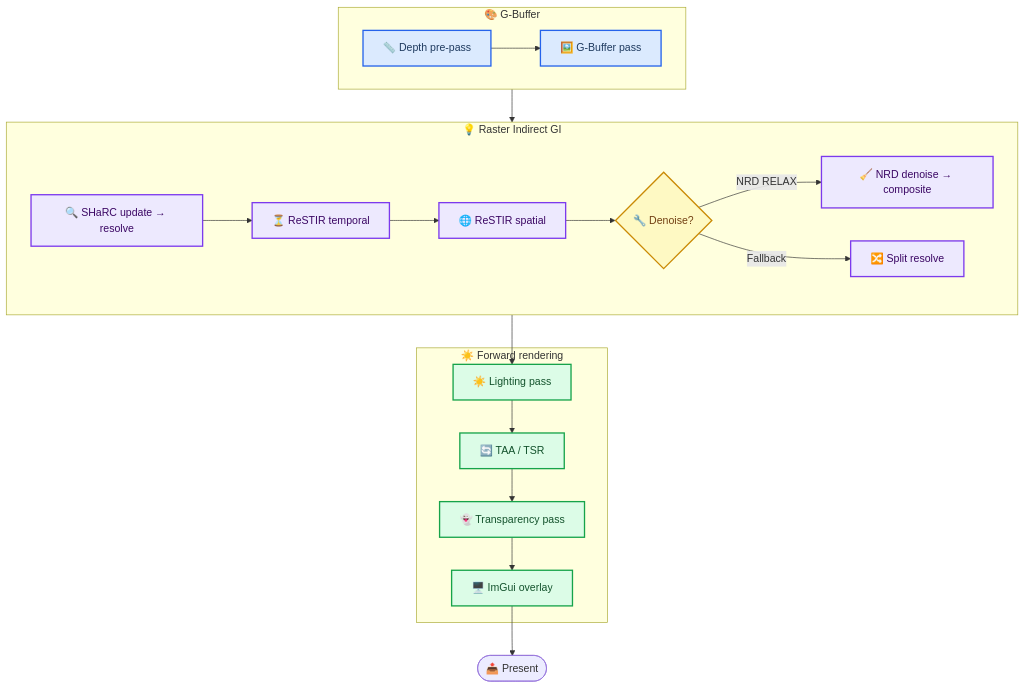
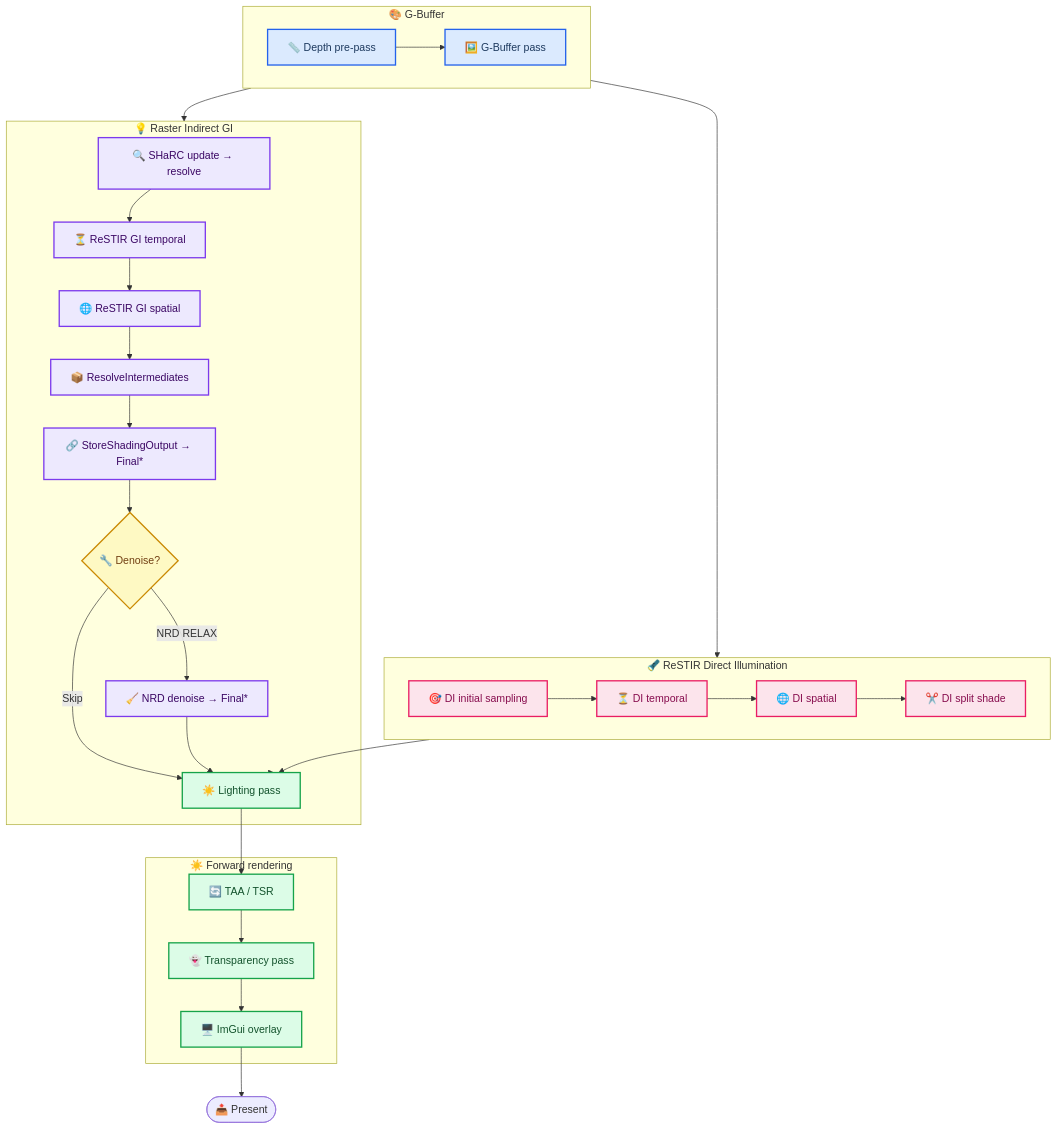
One commit to pemjahat/TortureRed changed the first of 2 diagrams in docs/RenderPipeline.md. Above: the diagram before and after it, drawn with Mermaid. The commit also changed other lines of this file and 7 other files, not shown here.

````diff
--- a/docs/RenderPipeline.md
+++ b/docs/RenderPipeline.md
@@ -72,41 +72,54 @@
 ```mermaid
 flowchart TB
     accTitle: Per-Frame Raster Rendering Pipeline
-    accDescr: High-level chain of rendering passes from G-Buffer through raster indirect GI, lighting, TAA, transparency, and ImGui to final presentation
+    accDescr: High-level chain of rendering passes from G-Buffer through raster indirect GI, ReSTIR DI, lighting, TAA, transparency, and ImGui to final presentation
 
     subgraph gbuffer ["🎨 G-Buffer"]
         depth_pre[📏 Depth pre-pass] --> gbuffer_pass[🖼️ G-Buffer pass]
     end
 
     subgraph gi ["💡 Raster Indirect GI"]
-        sharc[🔍 SHaRC update → resolve] --> restir_temp[⏳ ReSTIR temporal]
-        restir_temp --> restir_spatial[🌐 ReSTIR spatial]
-        restir_spatial --> denoise{🔧 Denoise?}
-        denoise -->|NRD RELAX| nrd[🧹 NRD denoise → composite]
-        denoise -->|Fallback| split[🔀 Split resolve]
+        sharc[🔍 SHaRC update → resolve] --> restir_temp[⏳ ReSTIR GI temporal]
+        restir_temp --> restir_spatial[🌐 ReSTIR GI spatial]
+        restir_spatial --> resolve_gi[📦 ResolveIntermediates]
+        resolve_gi --> sso[🔗 StoreShadingOutput → Final*]
+        sso --> denoise{🔧 Denoise?}
+        denoise -->|NRD RELAX| nrd[🧹 NRD denoise → Final*]
+        denoise -->|Skip| lighting
+        nrd --> lighting
+    end
+
+    subgraph di ["🔦 ReSTIR Direct Illumination"]
+        di_init[🎯 DI initial sampling] --> di_temp[⏳ DI temporal]
+        di_temp --> di_spatial[🌐 DI spatial]
+        di_spatial --> di_split[✂️ DI split shade]
     end
 
     subgraph forward ["☀️ Forward rendering"]
         lighting[☀️ Lighting pass]
         taa[🔄 TAA / TSR]
         transparency[👻 Transparency pass]
         imgui[🖥️ ImGui overlay]
     end
 
     gbuffer --> gi
+    gbuffer --> di
     gi --> lighting
+    di --> lighting
     lighting --> taa
     taa --> transparency
     transparency --> imgui
     imgui --> present([📤 Present])
 
     classDef gbuffer_c fill:#dbeafe,stroke:#2563eb,stroke-width:2px,color:#1e3a5f
     classDef gi_c fill:#ede9fe,stroke:#7c3aed,stroke-width:2px,color:#3b0764
+    classDef di_c fill:#fce4ec,stroke:#e91e63,stroke-width:2px,color:#880e4f
     classDef forward_c fill:#dcfce7,stroke:#16a34a,stroke-width:2px,color:#14532d
     classDef decision_c fill:#fef9c3,stroke:#ca8a04,stroke-width:2px,color:#713f12
 
     class depth_pre,gbuffer_pass gbuffer_c
-    class sharc,restir_temp,restir_spatial,nrd,split gi_c
+    class sharc,restir_temp,restir_spatial,resolve_gi,sso,nrd gi_c
+    class di_init,di_temp,di_spatial,di_split di_c
     class lighting,taa,transparency,imgui forward_c
     class denoise decision_c
 ```
````
